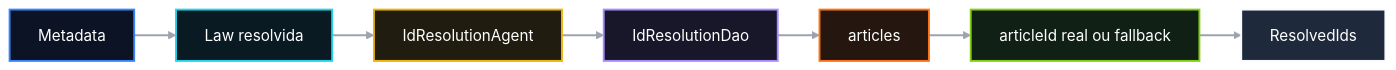
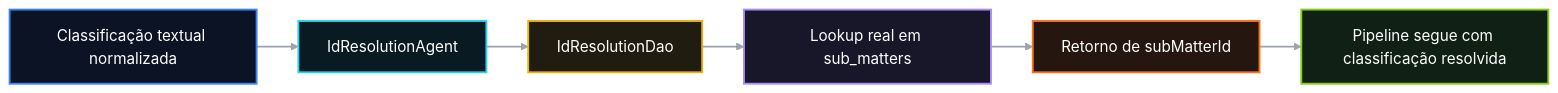
One commit to matheusdiamantino-betalent/questions-ai changed the diagram in PR 67 — Fase 2: Primeiro Lookup Real de Article via Base Relacional.md. Above: the diagram before and after it, drawn with Mermaid. The commit also changed other lines of this file, not shown here.

Commit message:
Update PR 67 — Fase 2: Primeiro Lookup Real de Article via Base Relacional.md

````diff
--- a/PR 67 — Fase 2: Primeiro Lookup Real de Article via Base Relacional.md
+++ b/PR 67 — Fase 2: Primeiro Lookup Real de Article via Base Relacional.md
@@ -84,51 +95,47 @@
 ```mermaid
 %%{init: {
   "theme": "base",
   "themeVariables": {
     "background": "#050b16",
     "primaryColor": "#0b1220",
     "primaryTextColor": "#ffffff",
     "primaryBorderColor": "#22d3ee",
     "lineColor": "#94a3b8",
     "secondaryColor": "#0b1220",
     "tertiaryColor": "#0b1220",
     "fontFamily": "Inter, Arial, sans-serif"
   },
   "flowchart": {
     "htmlLabels": true,
     "curve": "linear",
     "nodeSpacing": 34,
     "rankSpacing": 44
   }
 }}%%
 flowchart LR
-    A["Metadata"] --> B["Law resolvida"]
-    B --> C["IdResolutionAgent"]
-    C --> D["IdResolutionDao"]
-    D --> E["articles"]
-    E --> F["articleId real ou fallback"]
-    F --> G["ResolvedIds"]
+    A["Classificação textual normalizada"] --> B["IdResolutionAgent"]
+    B --> C["IdResolutionDao"]
+    C --> D["Lookup real em sub_matters"]
+    D --> E["Retorno de subMatterId"]
+    E --> F["Pipeline segue com classificação resolvida"]
 
     classDef step1 fill:#0b1325,stroke:#3b82f6,stroke-width:2px,color:#ffffff;
     classDef step2 fill:#0a1a22,stroke:#22d3ee,stroke-width:2px,color:#ffffff;
     classDef step3 fill:#201d10,stroke:#eab308,stroke-width:2px,color:#ffffff;
     classDef step4 fill:#181629,stroke:#a78bfa,stroke-width:2px,color:#ffffff;
     classDef step5 fill:#25170f,stroke:#f97316,stroke-width:2px,color:#ffffff;
     classDef step6 fill:#112015,stroke:#84cc16,stroke-width:2px,color:#ffffff;
-    classDef step7 fill:#1e293b,stroke:#f8fafc,stroke-width:2px,color:#ffffff;
 
     class A step1;
     class B step2;
     class C step3;
     class D step4;
     class E step5;
     class F step6;
-    class G step7;
 
     linkStyle 0 stroke:#9ca3af,stroke-width:2px;
     linkStyle 1 stroke:#9ca3af,stroke-width:2px;
     linkStyle 2 stroke:#9ca3af,stroke-width:2px;
     linkStyle 3 stroke:#9ca3af,stroke-width:2px;
     linkStyle 4 stroke:#9ca3af,stroke-width:2px;
-    linkStyle 5 stroke:#9ca3af,stroke-width:2px;
 ```
````
